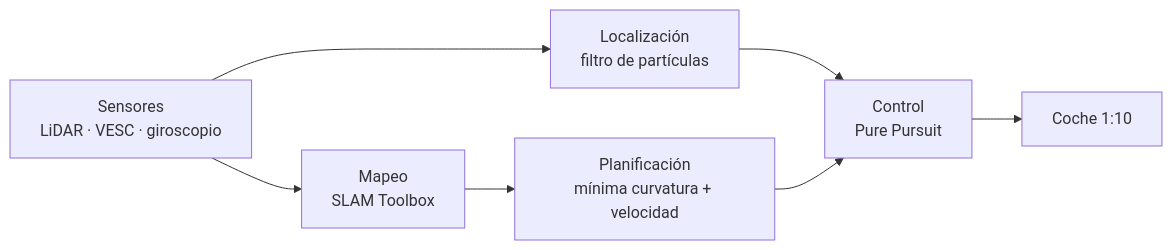
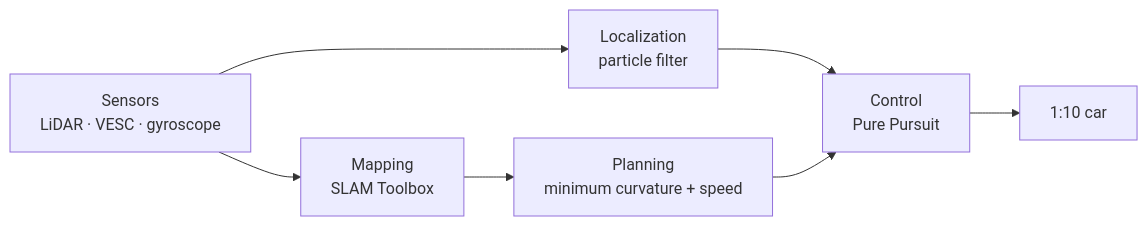
The diagram in README.md (hector-la/politos-racing-roboracer-ecuador-2026), drawn with Mermaid before and after one commit. The commit also changed other lines of this file and 22 other files, not shown here.

````diff
--- a/README.md
+++ b/README.md
@@ -53,9 +52,9 @@
 ```mermaid
 flowchart LR
-  S["Sensores<br/>LiDAR · VESC · giroscopio"] --> M["Mapeo<br/>SLAM Toolbox"]
-  S --> L["Localización<br/>filtro de partículas"]
-  M --> P["Planificación<br/>mínima curvatura + velocidad"]
+  S["Sensors<br/>LiDAR · VESC · gyroscope"] --> M["Mapping<br/>SLAM Toolbox"]
+  S --> L["Localization<br/>particle filter"]
+  M --> P["Planning<br/>minimum curvature + speed"]
   L --> C["Control<br/>Pure Pursuit"]
   P --> C
-  C --> V["Coche 1:10"]
+  C --> V["1:10 car"]
 ```
````
